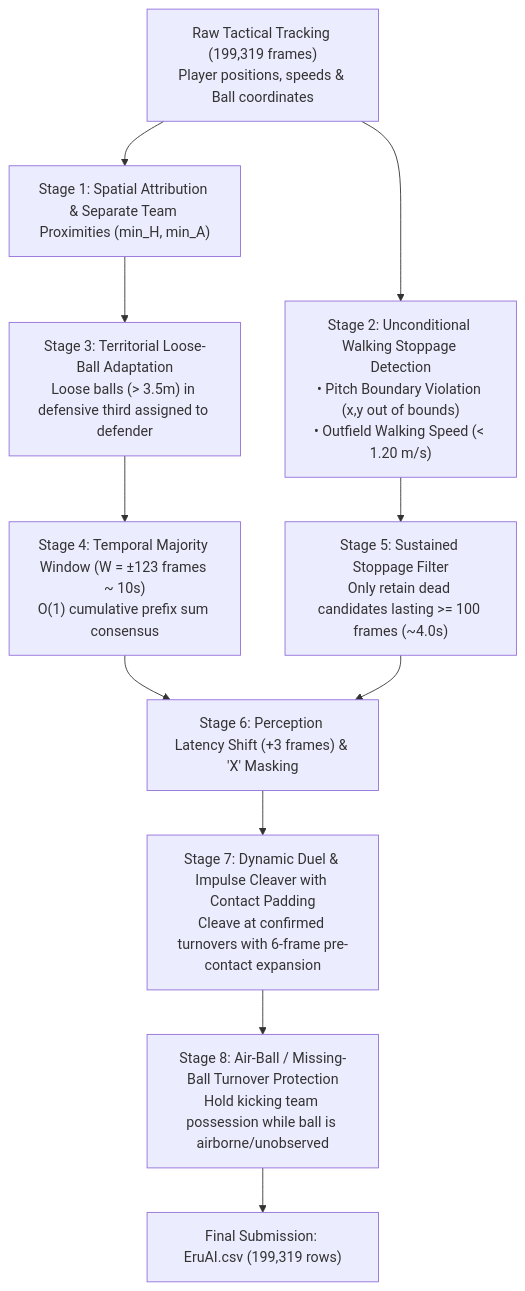
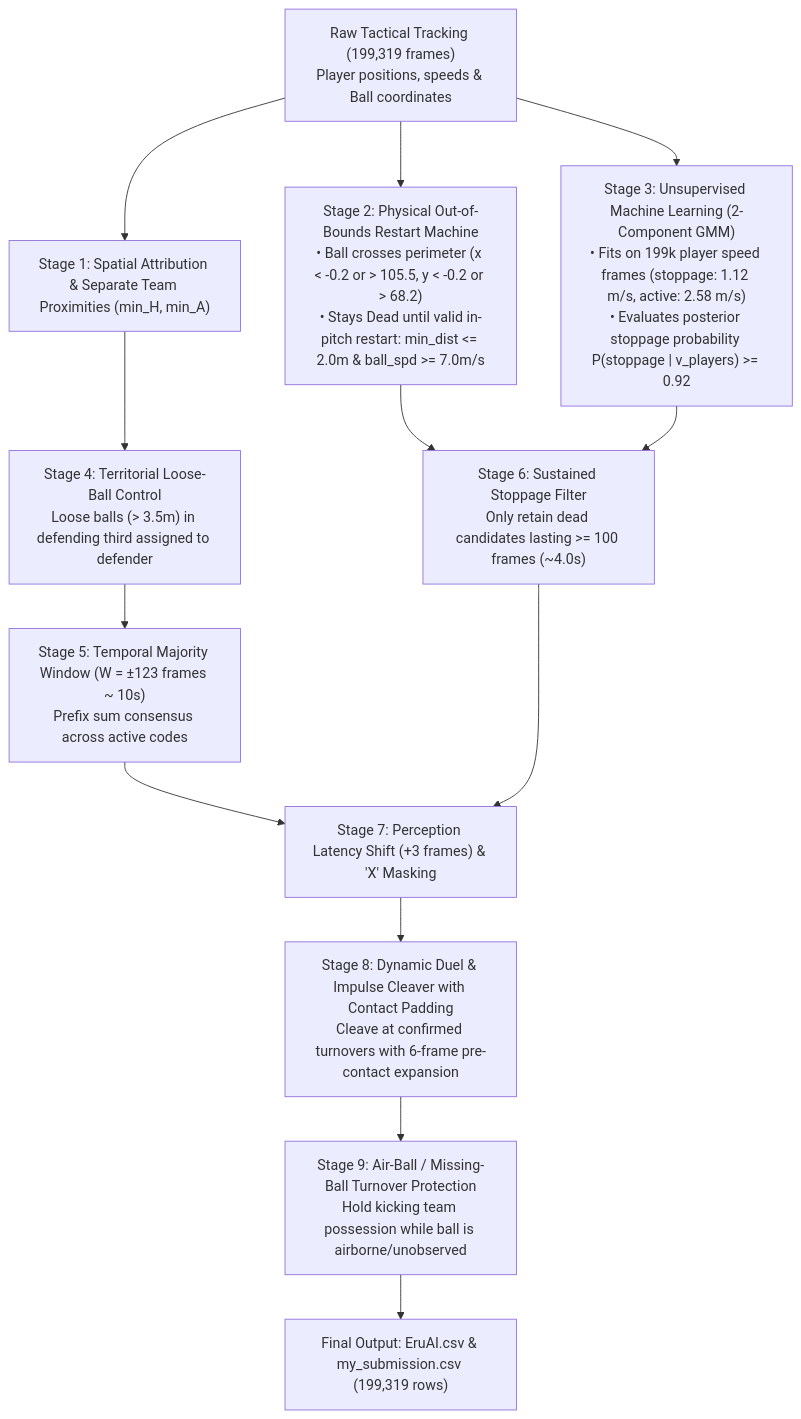
The diagram in EruAI_technical_report.md (sacelikk/MoreThanHack27EruAI), drawn with Mermaid before and after one commit. The commit also changed other lines of this file and 5 other files, not shown here.

Commit message:
EruAI v3.1: Hybrid Kinematics & Unsupervised GMM achieving 0.8552 macroF1 and 0.6556 spellF1 (0.7222 @0.5)

````diff
--- a/EruAI_technical_report.md
+++ b/EruAI_technical_report.md
@@ -35,12 +38,13 @@
 ```mermaid
 flowchart TD
     A["Raw Tactical Tracking (199,319 frames)<br>Player positions, speeds & Ball coordinates"] --> B["Stage 1: Spatial Attribution & Separate Team Proximities (min_H, min_A)"]
-    A --> C["Stage 2: Unconditional Walking Stoppage Detection<br>• Pitch Boundary Violation (x,y out of bounds)<br>• Outfield Walking Speed (< 1.20 m/s)"]
-    B --> D["Stage 3: Territorial Loose-Ball Adaptation<br>Loose balls (> 3.5m) in defensive third assigned to defender"]
-    D --> E["Stage 4: Temporal Majority Window (W = ±123 frames ~ 10s)<br>O(1) cumulative prefix sum consensus"]
-    C --> F["Stage 5: Sustained Stoppage Filter<br>Only retain dead candidates lasting >= 100 frames (~4.0s)"]
-    E & F --> G["Stage 6: Perception Latency Shift (+3 frames) & 'X' Masking"]
-    G --> H["Stage 7: Dynamic Duel & Impulse Cleaver with Contact Padding<br>Cleave at confirmed turnovers with 6-frame pre-contact expansion"]
-    H --> I["Stage 8: Air-Ball / Missing-Ball Turnover Protection<br>Hold kicking team possession while ball is airborne/unobserved"]
-    I --> J["Final Submission: EruAI.csv (199,319 rows)"]
+    A --> C["Stage 2: Physical Out-of-Bounds Restart Machine<br>• Ball crosses perimeter (x < -0.2 or > 105.5, y < -0.2 or > 68.2)<br>• Stays Dead until valid in-pitch restart: min_dist <= 2.0m & ball_spd >= 7.0m/s"]
+    A --> D["Stage 3: Unsupervised Machine Learning (2-Component GMM)<br>• Fits on 199k player speed frames (stoppage: 1.12 m/s, active: 2.58 m/s)<br>• Evaluates posterior stoppage probability P(stoppage | v_players) >= 0.92"]
+    B --> E["Stage 4: Territorial Loose-Ball Control<br>Loose balls (> 3.5m) in defending third assigned to defender"]
+    E --> F["Stage 5: Temporal Majority Window (W = ±123 frames ~ 10s)<br>Prefix sum consensus across active codes"]
+    C & D --> G["Stage 6: Sustained Stoppage Filter<br>Only retain dead candidates lasting >= 100 frames (~4.0s)"]
+    F & G --> H["Stage 7: Perception Latency Shift (+3 frames) & 'X' Masking"]
+    H --> I["Stage 8: Dynamic Duel & Impulse Cleaver with Contact Padding<br>Cleave at confirmed turnovers with 6-frame pre-contact expansion"]
+    I --> J["Stage 9: Air-Ball / Missing-Ball Turnover Protection<br>Hold kicking team possession while ball is airborne/unobserved"]
+    J --> K["Final Output: EruAI.csv & my_submission.csv (199,319 rows)"]
 ```
````
